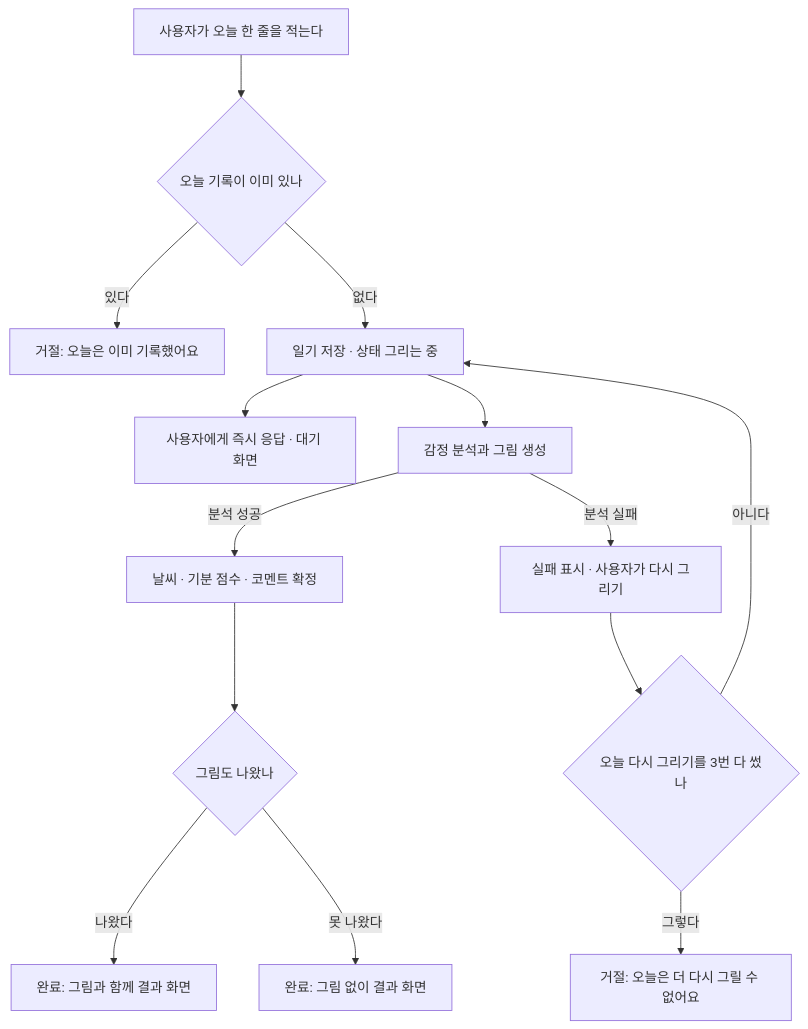
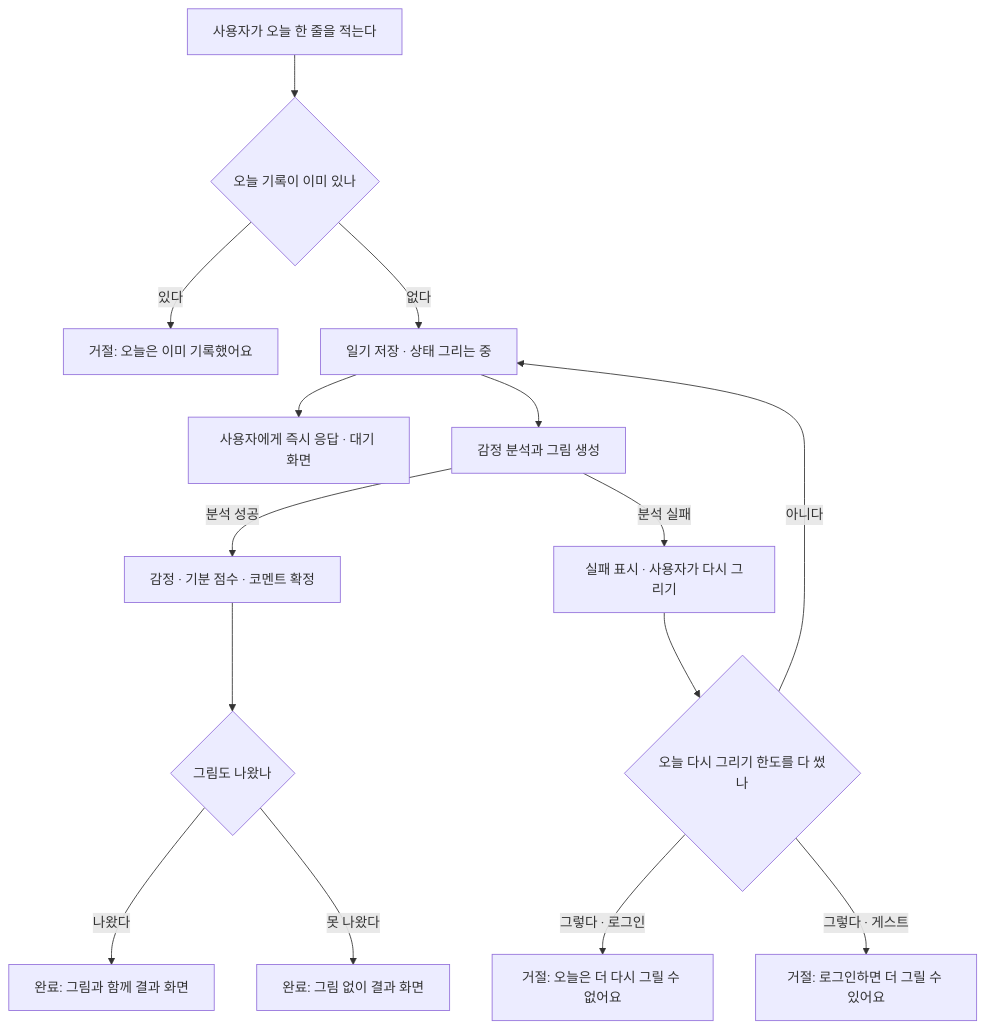
One commit to Minchae0322/ai-picture-diary changed the first of 2 diagrams in docs/domain/diary/일기생성-비즈니스로직.md. Above: the diagram before and after it, drawn with Mermaid. The commit also changed other lines of this file and 166 other files, not shown here.

First line of the commit message:
feat(account): 로그인 없이 쓰는 게스트 모드와 로그인 벽

````diff
--- a/docs/domain/diary/일기생성-비즈니스로직.md
+++ b/docs/domain/diary/일기생성-비즈니스로직.md
@@ -8,16 +8,17 @@
 ```mermaid
 flowchart TD
     A[사용자가 오늘 한 줄을 적는다] --> B{오늘 기록이 이미 있나}
     B -- 있다 --> B1[거절: 오늘은 이미 기록했어요]
     B -- 없다 --> C[일기 저장 · 상태 그리는 중]
     C --> D[사용자에게 즉시 응답 · 대기 화면]
     C --> E[감정 분석과 그림 생성]
-    E -- 분석 성공 --> F[날씨 · 기분 점수 · 코멘트 확정]
+    E -- 분석 성공 --> F[감정 · 기분 점수 · 코멘트 확정]
     F --> G{그림도 나왔나}
     G -- 나왔다 --> H[완료: 그림과 함께 결과 화면]
     G -- 못 나왔다 --> I[완료: 그림 없이 결과 화면]
     E -- 분석 실패 --> J[실패 표시 · 사용자가 다시 그리기]
-    J --> K{오늘 다시 그리기를 3번 다 썼나}
+    J --> K{오늘 다시 그리기 한도를 다 썼나}
     K -- 아니다 --> C
-    K -- 그렇다 --> L[거절: 오늘은 더 다시 그릴 수 없어요]
+    K -- 그렇다 · 로그인 --> L[거절: 오늘은 더 다시 그릴 수 없어요]
+    K -- 그렇다 · 게스트 --> M[거절: 로그인하면 더 그릴 수 있어요]
 ```
````
